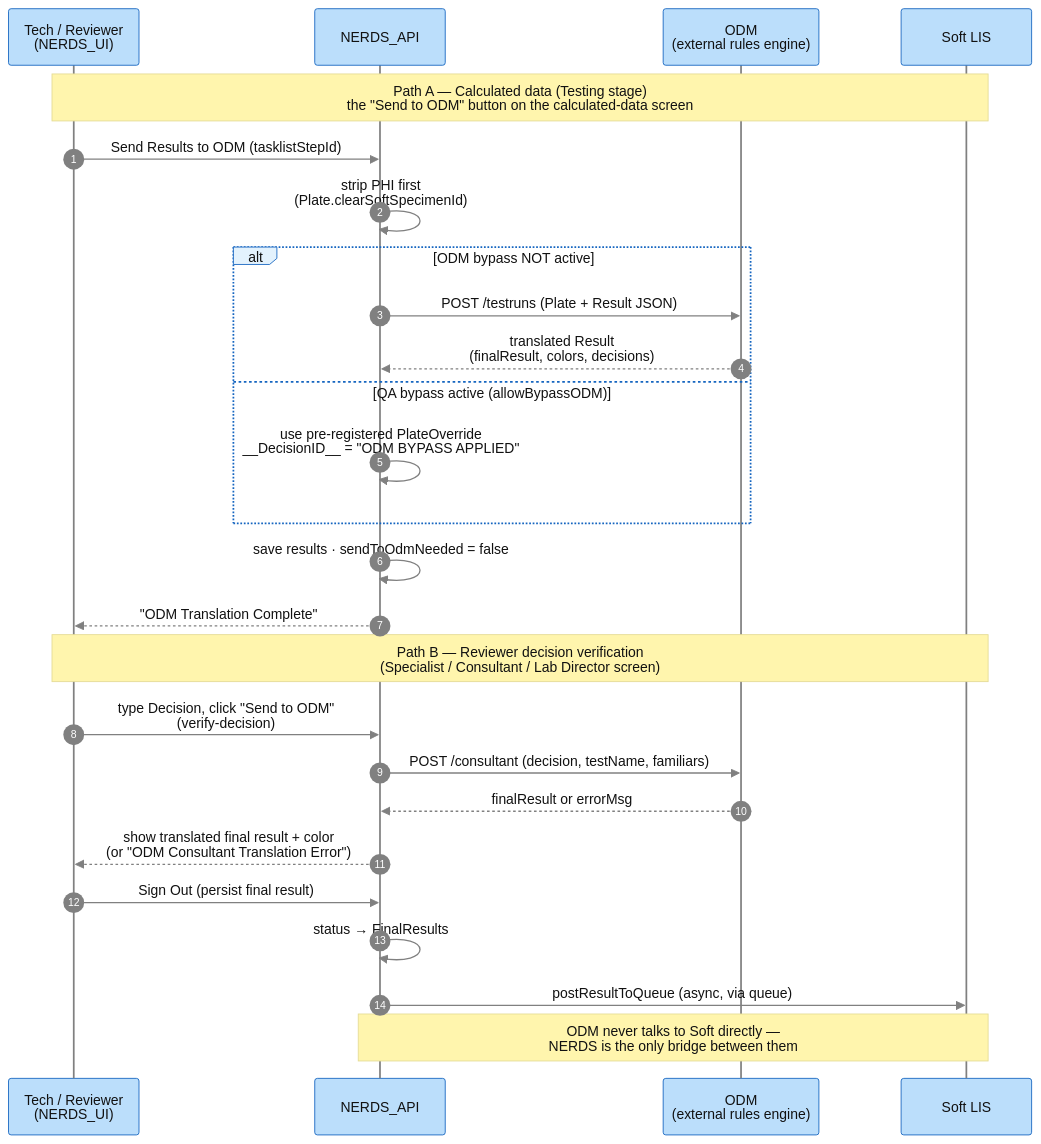
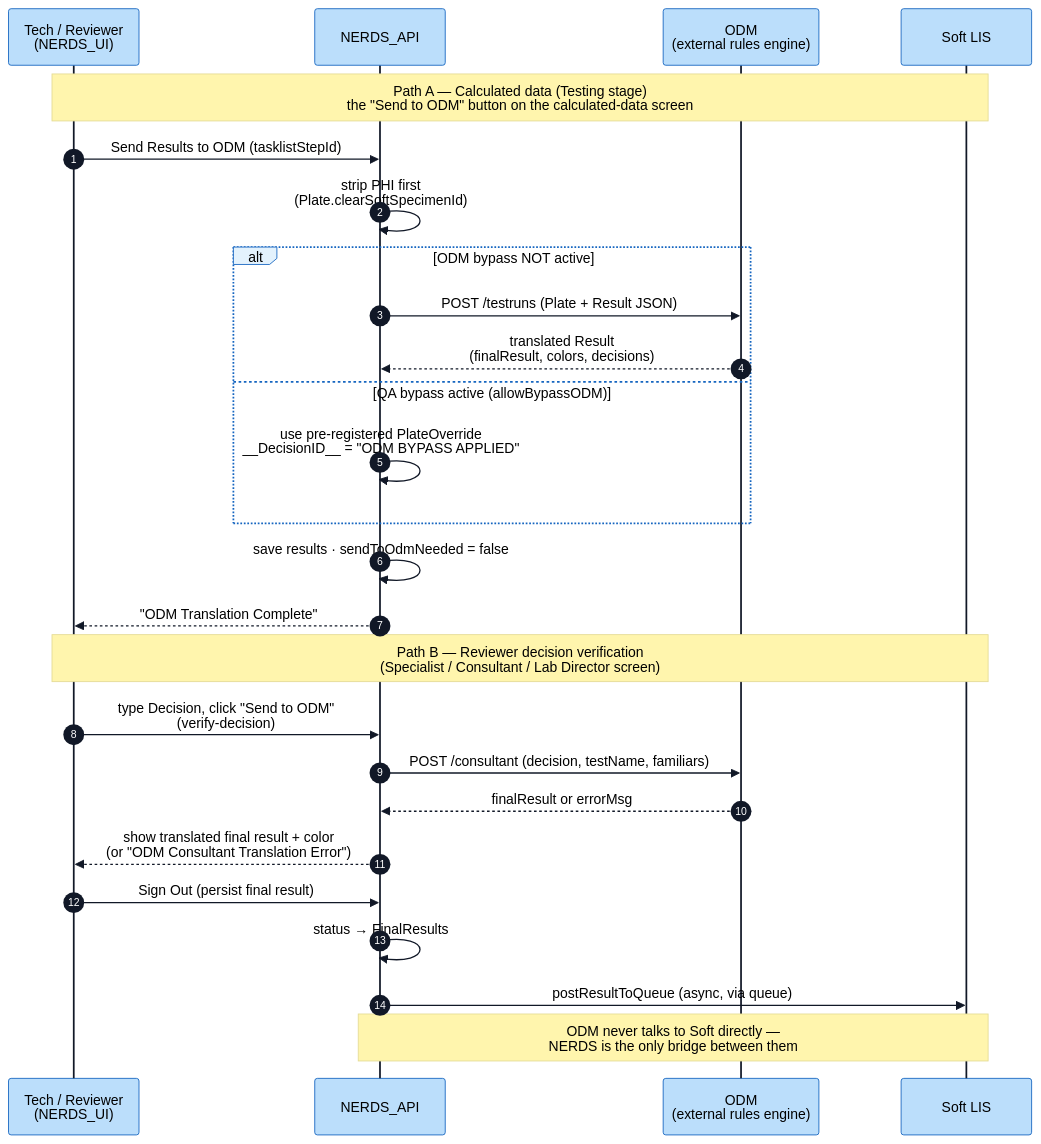
Before and after one commit to fengyanglin09/my-work-dashboard-app: the third of 6 diagrams in src/assets/pages/app-resources/nerds/appDetails/00step/review-stage/review-stage.md, drawn with Mermaid. The commit also changed other lines of this file and 35 other files, not shown here.

Commit message:
Add new mermaid diagrams for workflow and testing processes

````diff
--- a/src/assets/pages/app-resources/nerds/appDetails/00step/review-stage/review-stage.md
+++ b/src/assets/pages/app-resources/nerds/appDetails/00step/review-stage/review-stage.md
@@ -165,31 +165,31 @@
 ```mermaid
-%%{init: {"theme":"base", "themeVariables":{"background":"#ffffff","textColor":"#111111","actorTextColor":"#111111","actorBkg":"#bbdefb","actorBorder":"#1565c0","actorLineColor":"#808080","lineColor":"#808080","signalColor":"#808080","signalTextColor":"#111111","noteBkg":"#fff9c4","noteBorder":"#f9a825","noteTextColor":"#111111","loopTextColor":"#111111","labelTextColor":"#111111","labelBoxBkgColor":"#e3f2fd","labelBoxBorderColor":"#1565c0","sequenceNumberColor":"#ffffff","activationBkgColor":"#e0e0e0","activationBorderColor":"#616161"}, "themeCSS":".messageText,text.messageText{fill:#111111 !important;paint-order:stroke;stroke:#ffffff;stroke-width:4px;}.loopText,.loopText tspan{fill:#111111 !important;paint-order:stroke;stroke:#ffffff;stroke-width:4px;}.noteText,text.noteText{fill:#111111 !important;}.messageLine0{stroke:#808080 !important;stroke-width:1.6px;}.messageLine1{stroke:#808080 !important;stroke-width:1.6px;}"}}%%
+%%{init: {"theme":"base", "themeVariables":{"background":"#ffffff","textColor":"#000000","actorTextColor":"#000000","actorBkg":"#bbdefb","actorBorder":"#1565c0","actorLineColor":"#111827","lineColor":"#111827","signalColor":"#111827","signalTextColor":"#000000","noteBkg":"#fff9c4","noteBorder":"#f9a825","noteTextColor":"#000000","loopTextColor":"#000000","labelTextColor":"#000000","labelBoxBkgColor":"#e3f2fd","labelBoxBorderColor":"#1565c0","sequenceNumberColor":"#ffffff","activationBkgColor":"#e0e0e0","activationBorderColor":"#616161"}, "themeCSS":".messageText,text.messageText{fill:#000000 !important;font-weight:700 !important;paint-order:stroke;stroke:#ffffff;stroke-width:4px;}.loopText,.loopText tspan{fill:#000000 !important;font-weight:700 !important;paint-order:stroke;stroke:#ffffff;stroke-width:4px;}.noteText,text.noteText{fill:#000000 !important;font-weight:700 !important;}.messageLine0{stroke:#111827 !important;stroke-width:1.6px;}.messageLine1{stroke:#111827 !important;stroke-width:1.6px;}"}}%%
 sequenceDiagram
     autonumber
     participant User as Tech / Reviewer<br/>(NERDS_UI)
     participant API as NERDS_API
     participant ODM as ODM<br/>(external rules engine)
     participant Soft as Soft LIS
 
     Note over User,Soft: Path A — Calculated data (Testing stage)<br/>the "Send to ODM" button on the calculated-data screen
     User->>API: Send Results to ODM (tasklistStepId)
     API->>API: strip PHI first<br/>(Plate.clearSoftSpecimenId)
     alt ODM bypass NOT active
         API->>ODM: POST /testruns  (Plate + Result JSON)
         ODM-->>API: translated Result<br/>(finalResult, colors, decisions)
     else QA bypass active (allowBypassODM)
         API->>API: use pre-registered PlateOverride<br/>__DecisionID__ = "ODM BYPASS APPLIED"
     end
     API->>API: save results · sendToOdmNeeded = false
     API-->>User: "ODM Translation Complete"
 
     Note over User,Soft: Path B — Reviewer decision verification<br/>(Specialist / Consultant / Lab Director screen)
     User->>API: type Decision, click "Send to ODM"<br/>(verify-decision)
     API->>ODM: POST /consultant  (decision, testName, familiars)
     ODM-->>API: finalResult  or  errorMsg
     API-->>User: show translated final result + color<br/>(or "ODM Consultant Translation Error")
     User->>API: Sign Out (persist final result)
     API->>API: status → FinalResults
     API->>Soft: postResultToQueue (async, via queue)
     Note over API,Soft: ODM never talks to Soft directly —<br/>NERDS is the only bridge between them
 ```
````
